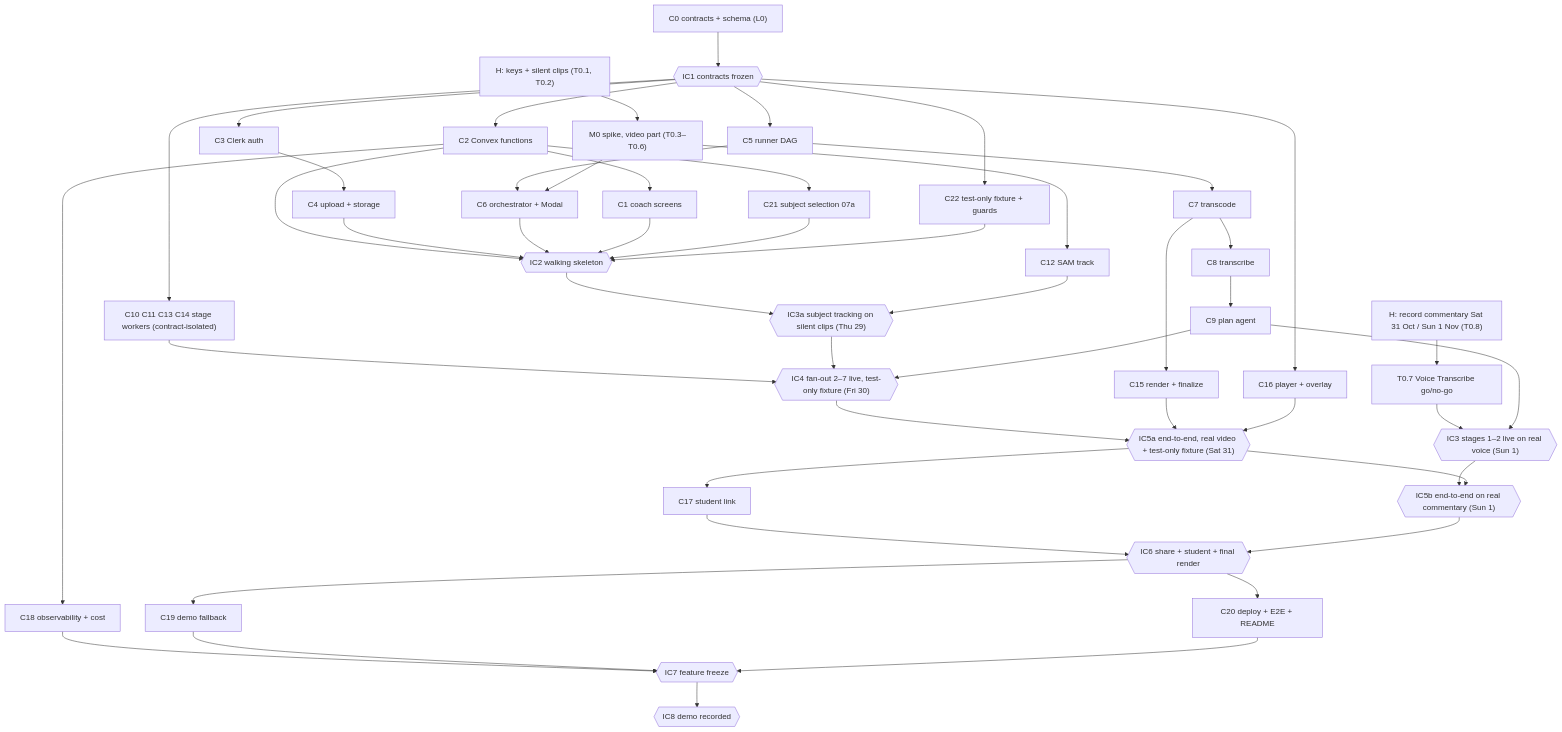
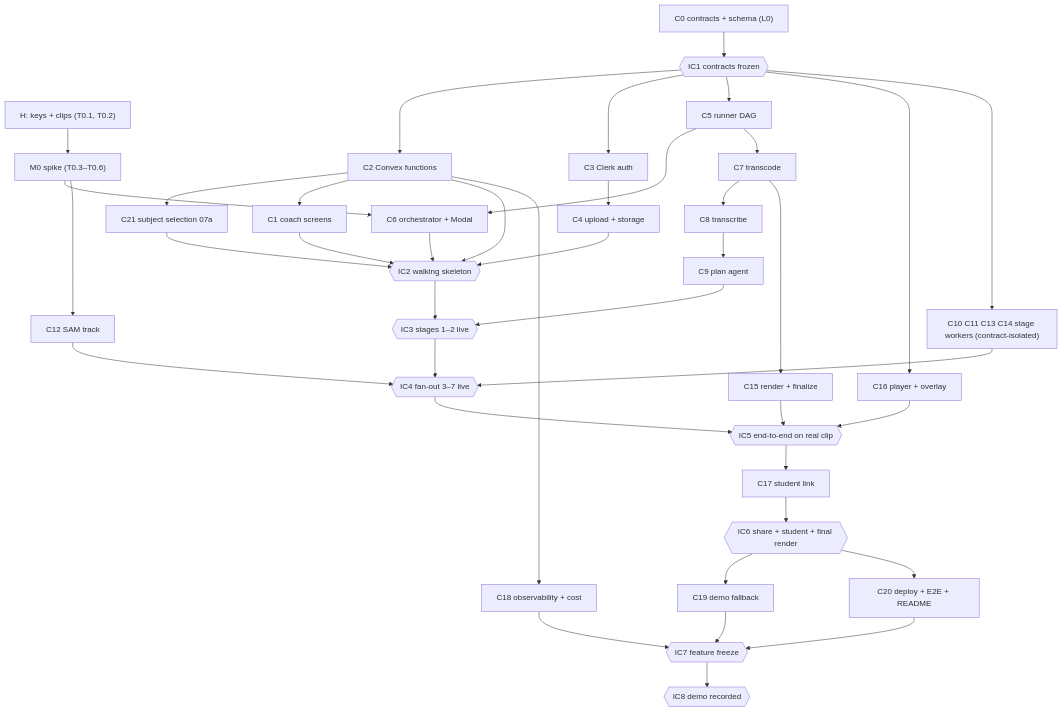
Before and after one commit to balasivagn/netsense: the diagram in WORKPLAN.md, drawn with Mermaid. The commit also changed other lines of this file and 8 other files, not shown here.

````diff
--- a/WORKPLAN.md
+++ b/WORKPLAN.md
@@ -50,46 +51,38 @@
 ```mermaid
 flowchart TD
-  H0["H: keys + silent clips (T0.1, T0.2)"] --> SP["M0 spike, video part (T0.3–T0.6)"]
-  HV["H: record commentary Sat 31 Oct / Sun 1 Nov (T0.8)"] --> T07["T0.7 Voice Transcribe go/no-go"]
+  H0["H: keys + clips (T0.1, T0.2)"] --> SP["M0 spike (T0.3–T0.6)"]
   C0["C0 contracts + schema (L0)"] --> IC1{{"IC1 contracts frozen"}}
   IC1 --> C2["C2 Convex functions"]
   IC1 --> C3["C3 Clerk auth"]
   IC1 --> C5["C5 runner DAG"]
   IC1 --> C16["C16 player + overlay"]
   IC1 --> STG["C10 C11 C13 C14 stage workers (contract-isolated)"]
-  IC1 --> C22["C22 test-only fixture + guards"]
   C2 --> C21["C21 subject selection 07a"]
   C3 --> C4["C4 upload + storage"]
   C2 --> C1["C1 coach screens"]
   C5 --> C6["C6 orchestrator + Modal"]
   SP --> C6
   SP --> C12["C12 SAM track"]
   C5 --> C7["C7 transcode"] --> C8["C8 transcribe"] --> C9["C9 plan agent"]
   C2 --> IC2{{"IC2 walking skeleton"}}
   C4 --> IC2
   C6 --> IC2
   C1 --> IC2
   C21 --> IC2
-  C22 --> IC2
-  IC2 --> IC3A{{"IC3a subject tracking on silent clips (Thu 29)"}}
-  C12 --> IC3A
-  STG --> IC4{{"IC4 fan-out 2–7 live, test-only fixture (Fri 30)"}}
-  IC3A --> IC4
-  C9 --> IC4
+  C9 --> IC3{{"IC3 stages 1–2 live"}}
+  IC2 --> IC3
+  STG --> IC4{{"IC4 fan-out 3–7 live"}}
+  C12 --> IC4
+  IC3 --> IC4
   C7 --> C15["C15 render + finalize"]
-  IC4 --> IC5A{{"IC5a end-to-end, real video + test-only fixture (Sat 31)"}}
-  C15 --> IC5A
-  C16 --> IC5A
-  T07 --> IC3{{"IC3 stages 1–2 live on real voice (Sun 1)"}}
-  C9 --> IC3
-  IC3 --> IC5B{{"IC5b end-to-end on real commentary (Sun 1)"}}
-  IC5A --> IC5B
-  IC5A --> C17["C17 student link"]
+  IC4 --> IC5{{"IC5 end-to-end on real clip"}}
+  C15 --> IC5
+  C16 --> IC5
+  IC5 --> C17["C17 student link"]
   C2 --> C18["C18 observability + cost"]
   C17 --> IC6{{"IC6 share + student + final render"}}
-  IC5B --> IC6
   C18 --> IC7{{"IC7 feature freeze"}}
   IC6 --> C19["C19 demo fallback"] --> IC7
   IC6 --> C20["C20 deploy + E2E + README"] --> IC7
   IC7 --> IC8{{"IC8 demo recorded"}}
 ```
````
